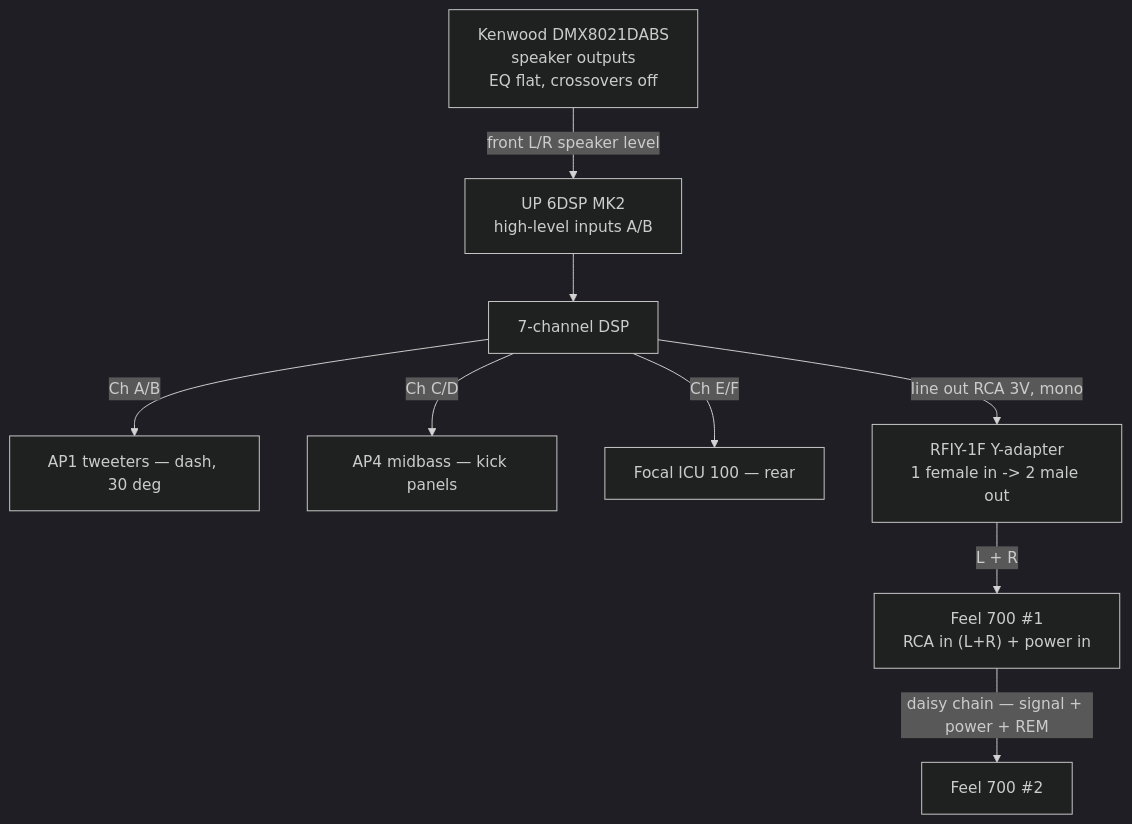
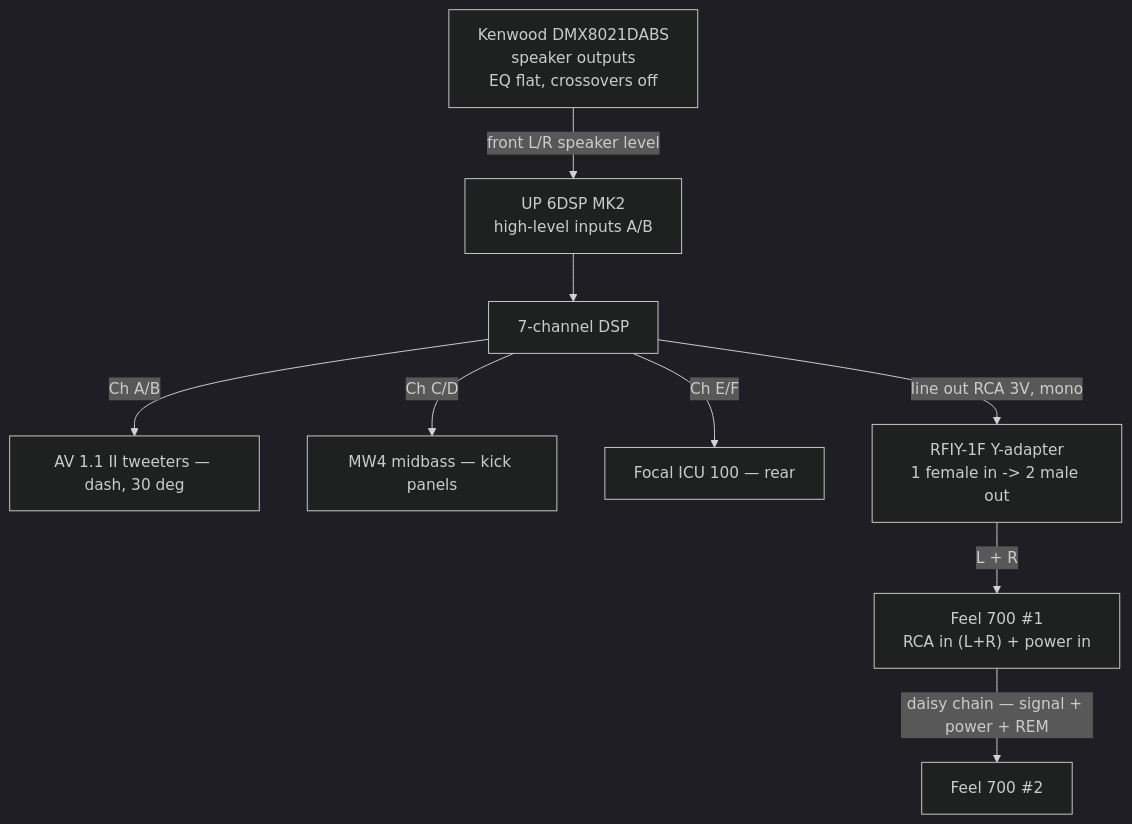
One commit to badsyntax/jimny-sound changed the first of 4 diagrams in AUDIO-UPGRADE.md. Above: the diagram before and after it, drawn with Mermaid (dark theme). The commit also changed other lines of this file and 1 other file, not shown here.

````diff
--- a/AUDIO-UPGRADE.md
+++ b/AUDIO-UPGRADE.md
@@ -90,12 +97,12 @@
 ```mermaid
 flowchart TD
     HU["Kenwood DMX8021DABS<br/>speaker outputs<br/>EQ flat, crossovers off"]
     HU -->|"front L/R speaker level"| HLIN["UP 6DSP MK2<br/>high-level inputs A/B"]
     HLIN --> DSP["7-channel DSP"]
-    DSP -->|"Ch A/B"| TW["AP1 tweeters — dash, 30 deg"]
-    DSP -->|"Ch C/D"| MID["AP4 midbass — kick panels"]
+    DSP -->|"Ch A/B"| TW["AV 1.1 II tweeters — dash, 30 deg"]
+    DSP -->|"Ch C/D"| MID["MW4 midbass — kick panels"]
     DSP -->|"Ch E/F"| REAR["Focal ICU 100 — rear"]
     DSP -->|"line out RCA 3V, mono"| YLEAD["RFIY-1F Y-adapter<br/>1 female in -> 2 male out"]
     YLEAD -->|"L + R"| SUB1["Feel 700 #1<br/>RCA in (L+R) + power in"]
     SUB1 -->|"daisy chain — signal + power + REM"| SUB2["Feel 700 #2"]
 ```
````
